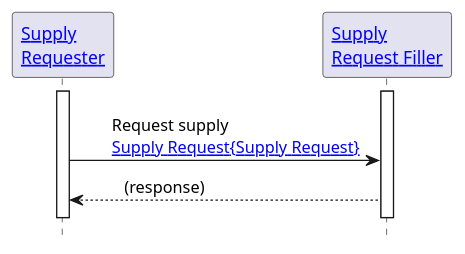
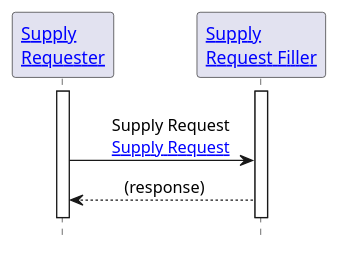
The diagram in input/images-source/pharm-s1.plantuml (IHE/pharm-supply), drawn with PlantUML before and after one commit. The commit also changed 14 other files, not shown here.

```diff
--- a/input/images-source/pharm-s1.plantuml
+++ b/input/images-source/pharm-s1.plantuml
@@ -1,22 +1,22 @@
 @startuml
 
 hide footbox
 
 '!include ./style.iuml
 
 
 Participant "[[actors_and_transactions.html#supply-requester Supply\nRequester]]" as SR
 Participant "[[actors_and_transactions.html#supply-request-filler Supply\nRequest Filler]]" as RF
 
 activate SR
 activate RF
 
 SR -[hidden]> RF
-SR -> RF: \tRequest supply \n\t[[StructureDefinition-ihe-supply-request.html Supply Request{Supply Request}]]
+SR -> RF: \tSupply Request \n\t[[StructureDefinition-SupplyRequest.html{Supply Request} Supply Request]]
 SR <-- RF: \t(response)\t
 SR -[hidden]> RF
 
 deactivate SR
 deactivate RF
 
 @enduml
```
